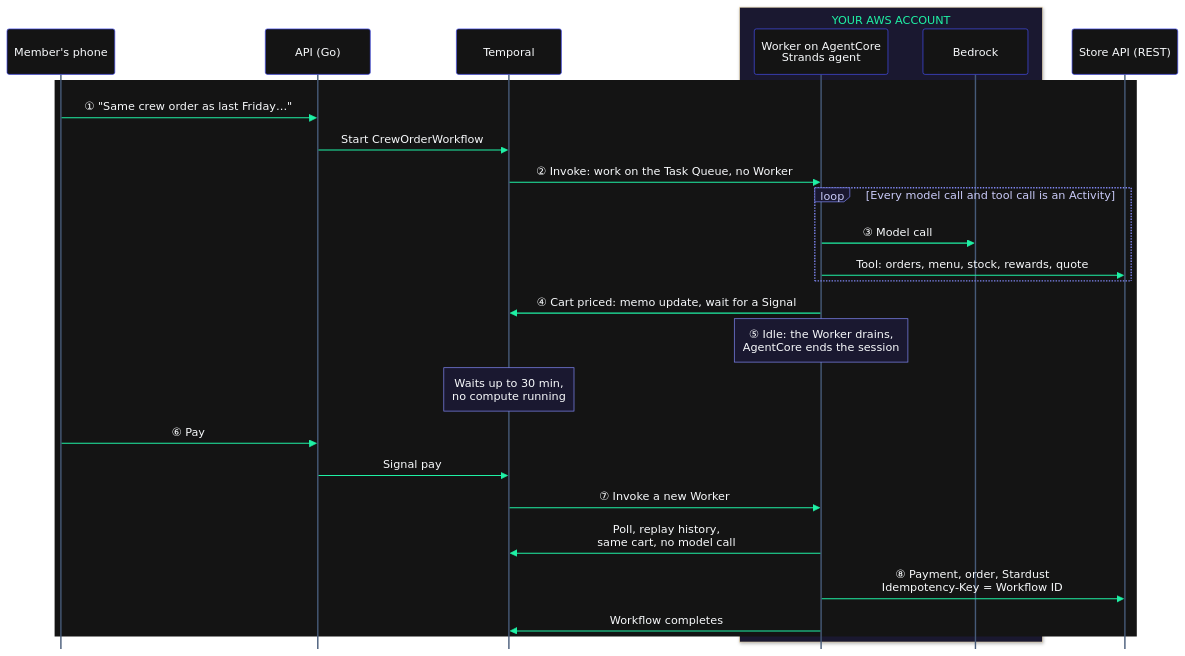
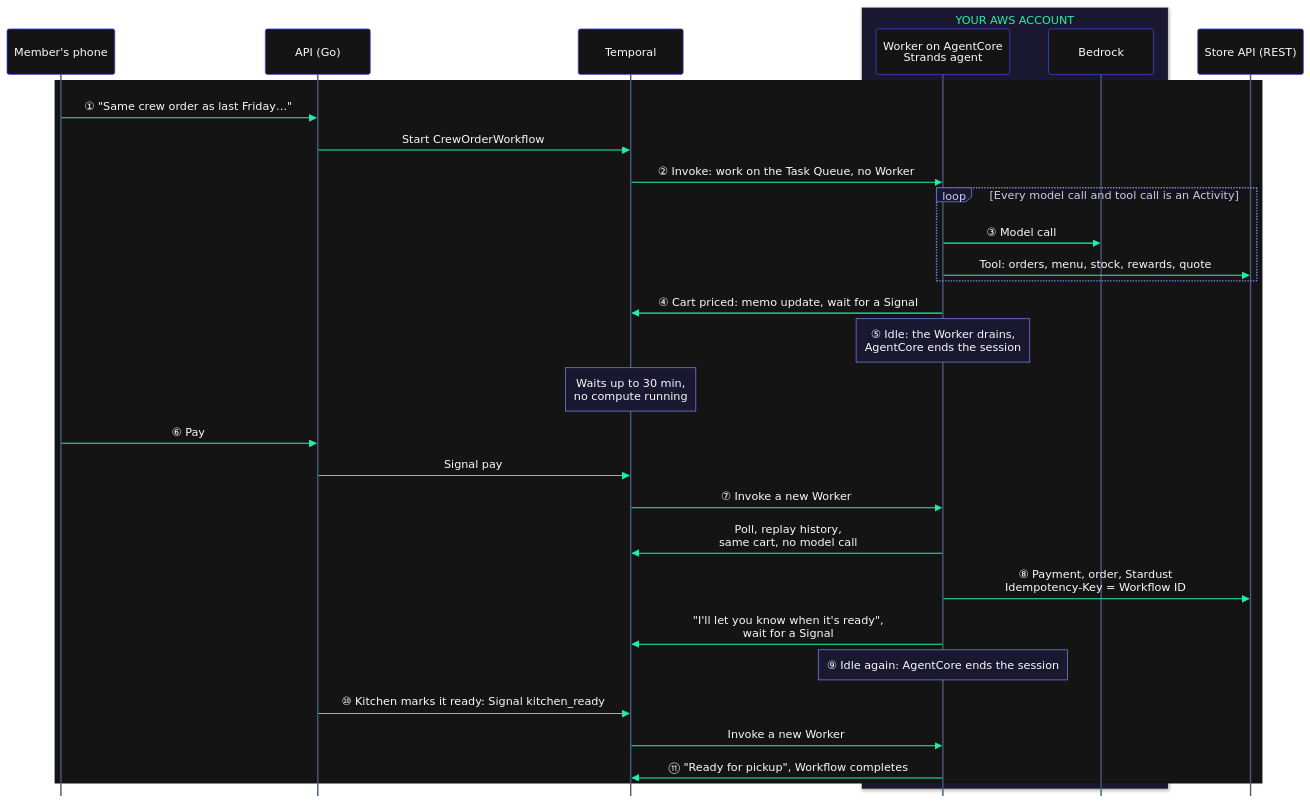
One commit to temporal-sa/temporal-demo-retail-agentcore changed the diagram in README.md. Above: the diagram before and after it, drawn with Mermaid. The commit also changed other lines of this file and 11 other files, not shown here.

First line of the commit message:
Wait for the kitchen before telling the member it's ready

````diff
--- a/README.md
+++ b/README.md
@@ -31,50 +31,54 @@
 ```mermaid
 %%{init: {"theme": "base", "sequence": {"mirrorActors": false, "boxMargin": 8, "noteMargin": 12, "messageMargin": 38}, "themeVariables": {
   "fontSize": "15px",
   "textColor": "#1ff1a5",
   "background": "#141414",
   "actorBkg": "#141414",
   "actorBorder": "#444ce7",
   "actorTextColor": "#f8fafc",
   "actorLineColor": "#465a78",
   "signalColor": "#1ff1a5",
   "signalTextColor": "#f8fafc",
   "labelBoxBkgColor": "#1a1830",
   "labelBoxBorderColor": "#7f86f1",
   "labelTextColor": "#cacbf9",
   "loopTextColor": "#cacbf9",
   "noteBkgColor": "#1a1830",
   "noteBorderColor": "#7f86f1",
   "noteTextColor": "#f8fafc",
   "activationBkgColor": "#1a1830",
   "activationBorderColor": "#1ff1a5"
 }}}%%
 sequenceDiagram
   rect rgb(20, 20, 20)
   participant m as Member's phone
   participant api as API (Go)
   participant t as Temporal
   box rgb(26, 24, 48) YOUR AWS ACCOUNT
   participant w as Worker on AgentCore<br/>Strands agent
   participant br as Bedrock
   end
   participant s as Store API (REST)
 
   m->>api: ① "Same crew order as last Friday…"
   api->>t: Start CrewOrderWorkflow
   t->>w: ② Invoke: work on the Task Queue, no Worker
   loop Every model call and tool call is an Activity
     w->>br: ③ Model call
     w->>s: Tool: orders, menu, stock, rewards, quote
   end
   w->>t: ④ Cart priced: memo update, wait for a Signal
   Note over w: ⑤ Idle: the Worker drains,<br/>AgentCore ends the session
   Note over t: Waits up to 30 min,<br/>no compute running
   m->>api: ⑥ Pay
   api->>t: Signal pay
   t->>w: ⑦ Invoke a new Worker
   w->>t: Poll, replay history,<br/>same cart, no model call
   w->>s: ⑧ Payment, order, Stardust<br/>Idempotency-Key = Workflow ID
-  w->>t: Workflow completes
+  w->>t: "I'll let you know when it's ready",<br/>wait for a Signal
+  Note over w: ⑨ Idle again: AgentCore ends the session
+  api->>t: ⑩ Kitchen marks it ready: Signal kitchen_ready
+  t->>w: Invoke a new Worker
+  w->>t: ⑪ "Ready for pickup", Workflow completes
   end
 ```
````
